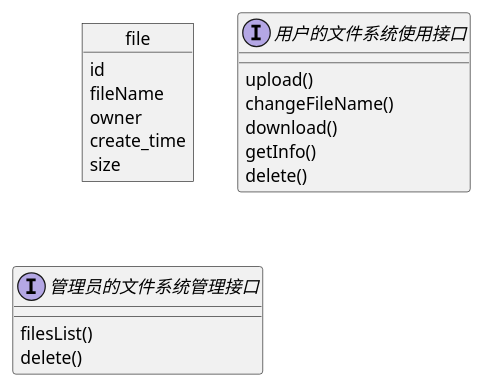
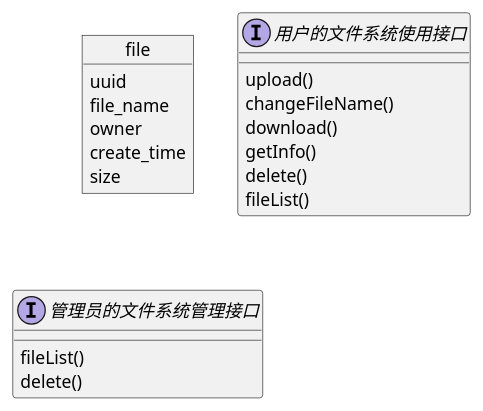
Before and after one commit to alwxkxk/akoa: the diagram in doc/文件系统的设计.md, drawn with PlantUML. The commit also changed 4 other files, not shown here.

````diff
--- a/doc/文件系统的设计.md
+++ b/doc/文件系统的设计.md
@@ -6,22 +6,23 @@
 ```puml
 object file {
-  id
-  fileName
+  uuid
+  file_name
   owner
   create_time
   size
 }
 
 interface 用户的文件系统使用接口{
   upload()
   changeFileName()
   download()
   getInfo()
   delete()
+  fileList()
 }
 
 interface 管理员的文件系统管理接口{
-  filesList()
+  fileList()
   delete()
 }
 ```
````
